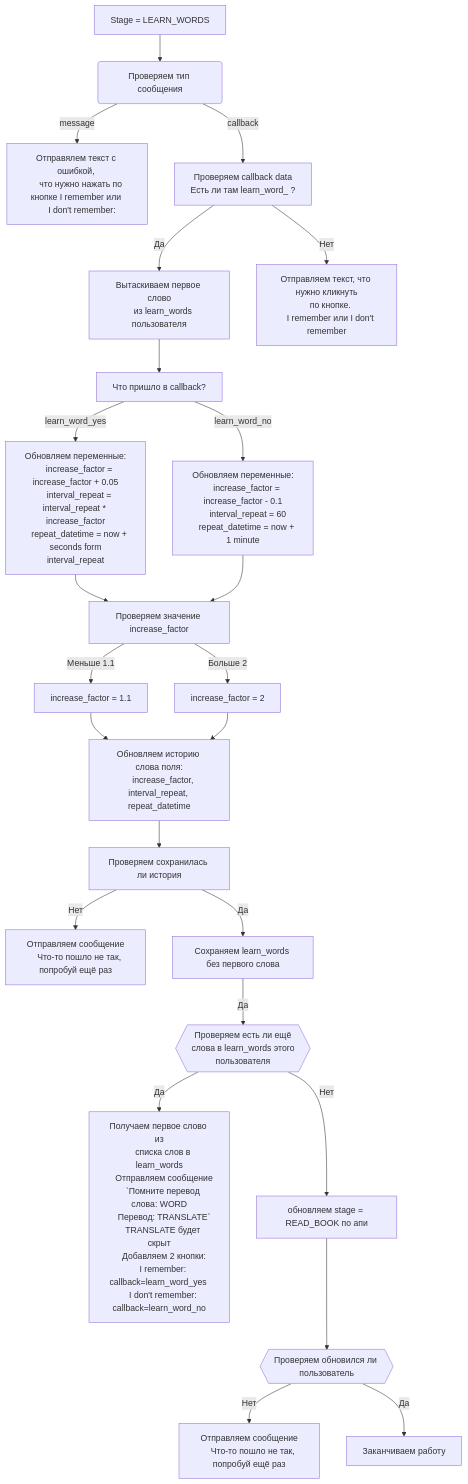
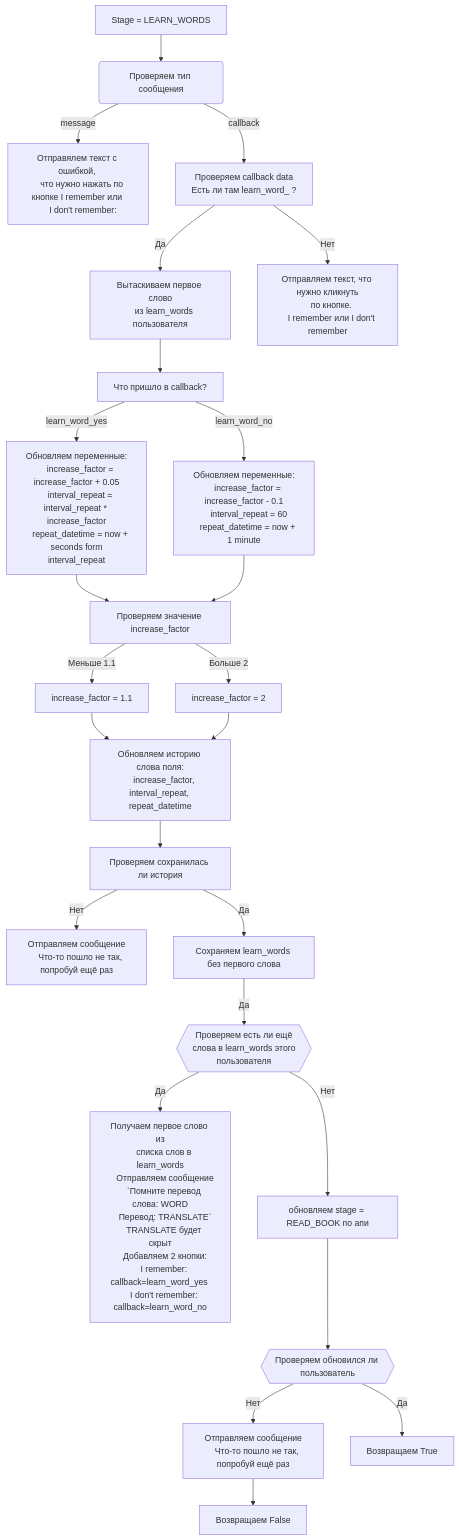
One commit to psgaiduk/learning_en_telegram_bot changed the second of 2 diagrams in documentation/leran_words.md. Above: the diagram before and after it, drawn with Mermaid.

Commit message:
docs(documentation): add return value for state LEARN_WORDS

````diff
--- a/documentation/leran_words.md
+++ b/documentation/leran_words.md
@@ -36,73 +36,75 @@
 ```mermaid
 graph TD;
     start[Stage = LEARN_WORDS] --> check_type_message(Проверяем тип сообщения)
     check_type_message --> |message| check_text_message[
     Отправялем текст с ошибкой, 
     что нужно нажать по кнопке I remember или 
     I don't remember:
     ]
     check_type_message --> |callback| check_callback_data[Проверяем callback data
     Есть ли там learn_word_ ?]
     check_callback_data --> |Да| get_first_word[
     Вытаскиваем первое слово
     из learn_words пользователя]
     get_first_word --> check_callback_answer[Что пришло в callback?]
     check_callback_answer --> |learn_word_yes| remember_word[Обновляем переменные:
     increase_factor = increase_factor + 0.05
     interval_repeat = interval_repeat * increase_factor
     repeat_datetime = now +  seconds form interval_repeat]
     check_callback_answer --> |learn_word_no| dont_remember_word[Обновляем переменные:
     increase_factor = increase_factor - 0.1
     interval_repeat = 60
     repeat_datetime = now + 1 minute]
     remember_word --> check_increase_factor[Проверяем значение increase_factor]
     dont_remember_word --> check_increase_factor
     check_increase_factor --> |Больше 2| more_2_increase_factor[increase_factor = 2]
     check_increase_factor --> |Меньше 1.1| less_1.1_increase_factor[increase_factor = 1.1]
     less_1.1_increase_factor --> save_words_history
     more_2_increase_factor --> save_words_history[
     Обновляем историю слова поля:
     increase_factor, interval_repeat, repeat_datetime
     ]
     save_words_history --> check_save_words_history[Проверяем сохранилась ли история]
     check_save_words_history --> |Нет| bad_save_words_history[
     Отправляем сообщение
     Что-то пошло не так, попробуй ещё раз
     ]
     check_callback_data --> |Нет| wrong_callback_data[Отправляем текст, что нужно кликнуть
     по кнопке. 
     I remember или I don't remember]
     check_save_words_history --> |Да| update_context_learn_words[
     Сохраняем learn_words без первого слова
     ]
     update_context_learn_words --> |Да| check_learn_words{{
     Проверяем есть ли ещё
     слова в learn_words этого
     пользователя
     }}
     check_learn_words --> |Да| send_message[
     Получаем первое слово из
     списка слов в learn_words
     Отправляем сообщение
     `Помните перевод слова: WORD
     Перевод: TRANSLATE`
     TRANSLATE будет скрыт
     Добавляем 2 кнопки:
     I remember: callback=learn_word_yes 
     I don't remember: callback=learn_word_no
     ]
     check_learn_words --> |Нет| update_stage_user[
     обновляем stage = READ_BOOK по апи
     ]
     update_stage_user --> check_update_stage_user{{
     Проверяем обновился ли пользователь
     }}
     check_update_stage_user --> |Нет| send_error_after_not_update_user[
     Отправляем сообщение
     Что-то пошло не так, попробуй ещё раз
     ]
-    check_update_stage_user --> |Да| send_message_end_words[
-    Заканчиваем работу]
+    check_update_stage_user --> |Да| send_ok_status[
+    Возвращаем True]
+    send_error_after_not_update_user --> send_error_status[
+    Возвращаем False]
     
     classDef new fill:#69f,stroke:#333,stroke-width:2px;
 ```
````
